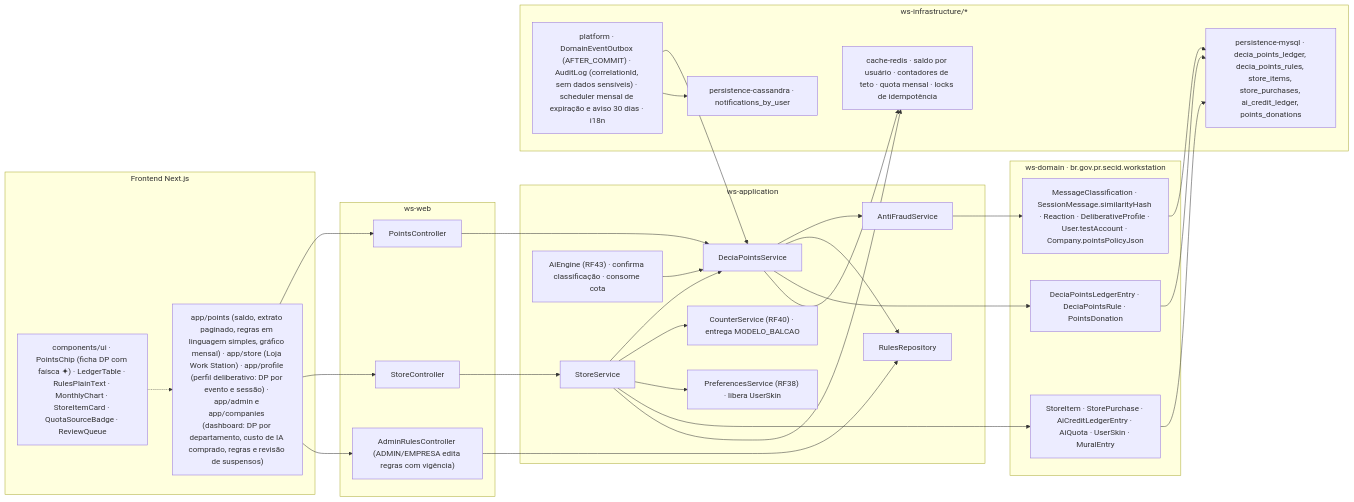
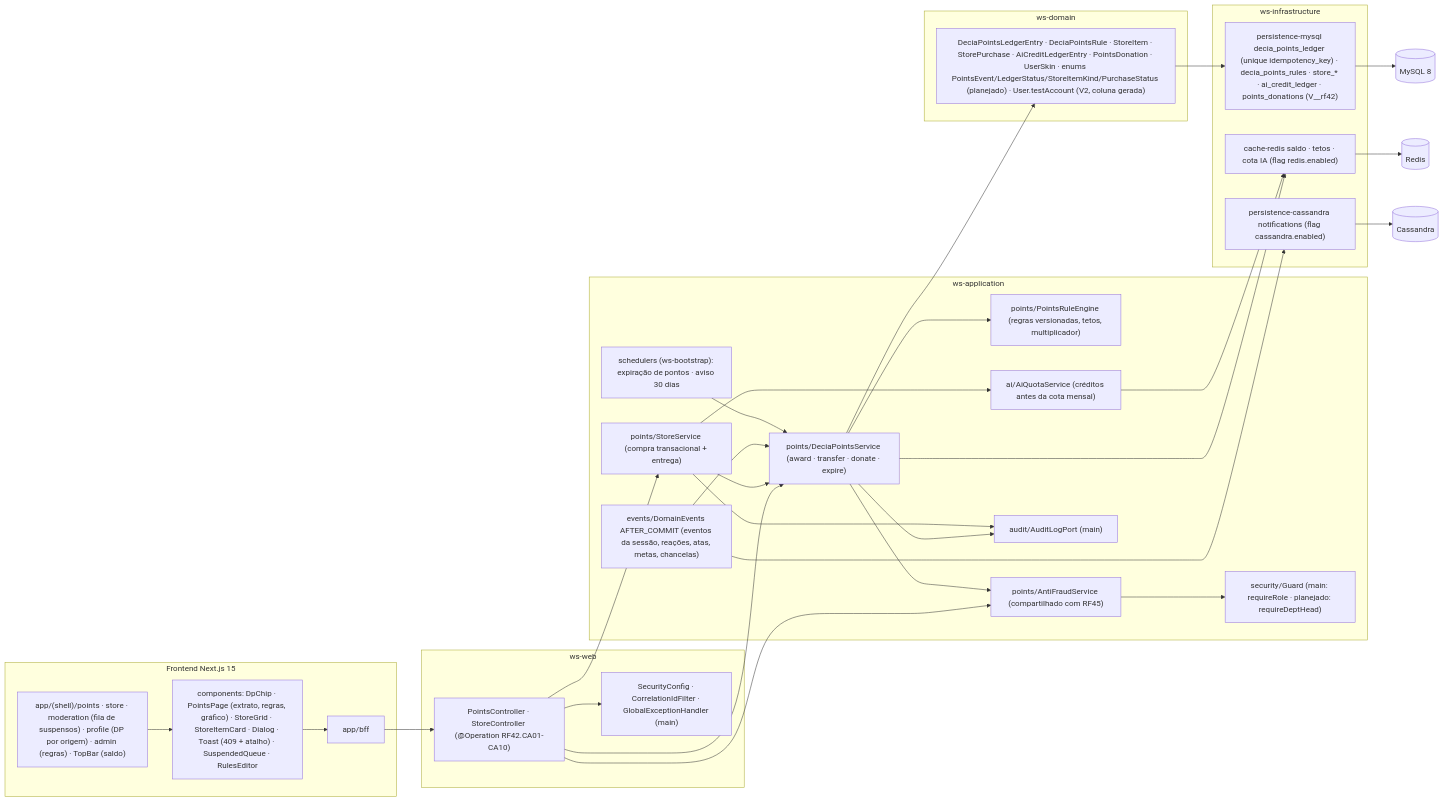
Before and after one commit to MatheusHaliski/Decia-app-2026: the fifth of 5 diagrams in docs/diagramas/RF42/README.md, drawn with Mermaid. The commit also changed other lines of this file and 4 other files, not shown here.

First line of the commit message:
docs(diagramas): reescreve RF42–RF46 (DECIA Points, IA do sistema, Tarefa do Dia, Hype do Perfil, mensageria e atribuição)

````diff
--- a/docs/diagramas/RF42/README.md
+++ b/docs/diagramas/RF42/README.md
@@ -530,60 +522,49 @@
 ```mermaid
 flowchart LR
-  subgraph FE["Frontend Next.js"]
-    FE1["app/points (saldo, extrato paginado, regras em linguagem simples, gráfico mensal) · app/store (Loja Work Station) · app/profile (perfil deliberativo: DP por evento e sessão) · app/admin e app/companies (dashboard: DP por departamento, custo de IA comprado, regras e revisão de suspensos)"]
-    FE2["components/ui · PointsChip (ficha DP com faísca ✦) · LedgerTable · RulesPlainText · MonthlyChart · StoreItemCard · QuotaSourceBadge · ReviewQueue"]
+  subgraph FRONT["Frontend Next.js 15"]
+    R1["app/(shell)/points · store · moderation (fila de suspensos) · profile (DP por origem) · admin (regras) · TopBar (saldo)"]
+    R2["components: DpChip · PointsPage (extrato, regras, gráfico) · StoreGrid · StoreItemCard · Dialog · Toast (409 + atalho) · SuspendedQueue · RulesEditor"]
+    BFF["app/bff"]
+    R1 --> R2 --> BFF
   end
-
   subgraph WEB["ws-web"]
-    C1["PointsController"]
-    C2["StoreController"]
-    C3["AdminRulesController (ADMIN/EMPRESA edita regras com vigência)"]
+    PC["PointsController · StoreController (@Operation RF42.CA01-CA10)"]
+    SEC["SecurityConfig · CorrelationIdFilter · GlobalExceptionHandler (main)"]
   end
-
-  subgraph APP["ws-application"]
-    S1["DeciaPointsService"]
-    S2["StoreService"]
-    S3["AntiFraudService"]
-    S4["AiEngine (RF43) · confirma classificação · consome cota"]
-    S5["CounterService (RF40) · entrega MODELO_BALCAO"]
-    S6["PreferencesService (RF38) · libera UserSkin"]
-    P1["RulesRepository"]
+  subgraph APPL["ws-application"]
+    DPS["points/DeciaPointsService (award · transfer · donate · expire)"]
+    PRE["points/PointsRuleEngine (regras versionadas, tetos, multiplicador)"]
+    AF["points/AntiFraudService (compartilhado com RF45)"]
+    SS["points/StoreService (compra transacional + entrega)"]
+    AQ["ai/AiQuotaService (créditos antes da cota mensal)"]
+    GD["security/Guard (main: requireRole · planejado: requireDeptHead)"]
+    AUD["audit/AuditLogPort (main)"]
+    DE["events/DomainEvents AFTER_COMMIT (eventos da sessão, reações, atas, metas, chancelas)"]
+    SCH["schedulers (ws-bootstrap): expiração de pontos · aviso 30 dias"]
   end
-
-  subgraph DOM["ws-domain · br.gov.pr.secid.workstation"]
-    D1["DeciaPointsLedgerEntry · DeciaPointsRule · PointsDonation"]
-    D2["StoreItem · StorePurchase · AiCreditLedgerEntry · AiQuota · UserSkin · MuralEntry"]
-    D3["MessageClassification · SessionMessage.similarityHash · Reaction · DeliberativeProfile · User.testAccount · Company.pointsPolicyJson"]
+  subgraph DOM["ws-domain"]
+    ENT["DeciaPointsLedgerEntry · DeciaPointsRule · StoreItem · StorePurchase · AiCreditLedgerEntry · PointsDonation · UserSkin · enums PointsEvent/LedgerStatus/StoreItemKind/PurchaseStatus (planejado) · User.testAccount (V2, coluna gerada)"]
   end
-
-  subgraph INFRA["ws-infrastructure/*"]
-    I1["persistence-mysql · decia_points_ledger, decia_points_rules, store_items, store_purchases, ai_credit_ledger, points_donations"]
-    I2["cache-redis · saldo por usuário · contadores de teto · quota mensal · locks de idempotência"]
-    I3["persistence-cassandra · notifications_by_user"]
-    I4["platform · DomainEventOutbox (AFTER_COMMIT) · AuditLog (correlationId, sem dados sensíveis) · scheduler mensal de expiração e aviso 30 dias · i18n"]
+  subgraph INFRA["ws-infrastructure"]
+    MY["persistence-mysql decia_points_ledger (unique idempotency_key) · decia_points_rules · store_* · ai_credit_ledger · points_donations (V__rf42)"]
+    RD["cache-redis saldo · tetos · cota IA (flag redis.enabled)"]
+    CASA["persistence-cassandra notifications (flag cassandra.enabled)"]
   end
-
-  FE1 --> C1
-  FE1 --> C2
-  FE1 --> C3
-  FE2 -.-> FE1
-  C1 --> S1
-  C2 --> S2
-  C3 --> P1
-  S2 --> S1
-  S2 --> S5
-  S2 --> S6
-  S1 --> S3
-  S1 --> P1
-  S4 --> S1
-  S1 --> D1
-  S2 --> D2
-  S3 --> D3
-  D1 --> I1
-  D2 --> I1
-  D3 --> I1
-  S1 --> I2
-  S2 --> I2
-  I4 --> S1
-  I4 --> I3
+  BFF --> PC --> SEC
+  PC --> DPS
+  PC --> AF
+  PC --> SS
+  DPS --> PRE
+  DPS --> AF
+  SS --> DPS
+  SS --> AQ
+  AF --> GD
+  DPS --> AUD
+  SS --> AUD
+  DE --> DPS
+  SCH --> DPS
+  DPS --> ENT --> MY --> MYSQL[("MySQL 8")]
+  DPS --> RD --> REDIS[("Redis")]
+  AQ --> RD
+  DE --> CASA --> CASS[("Cassandra")]
 ```
````
